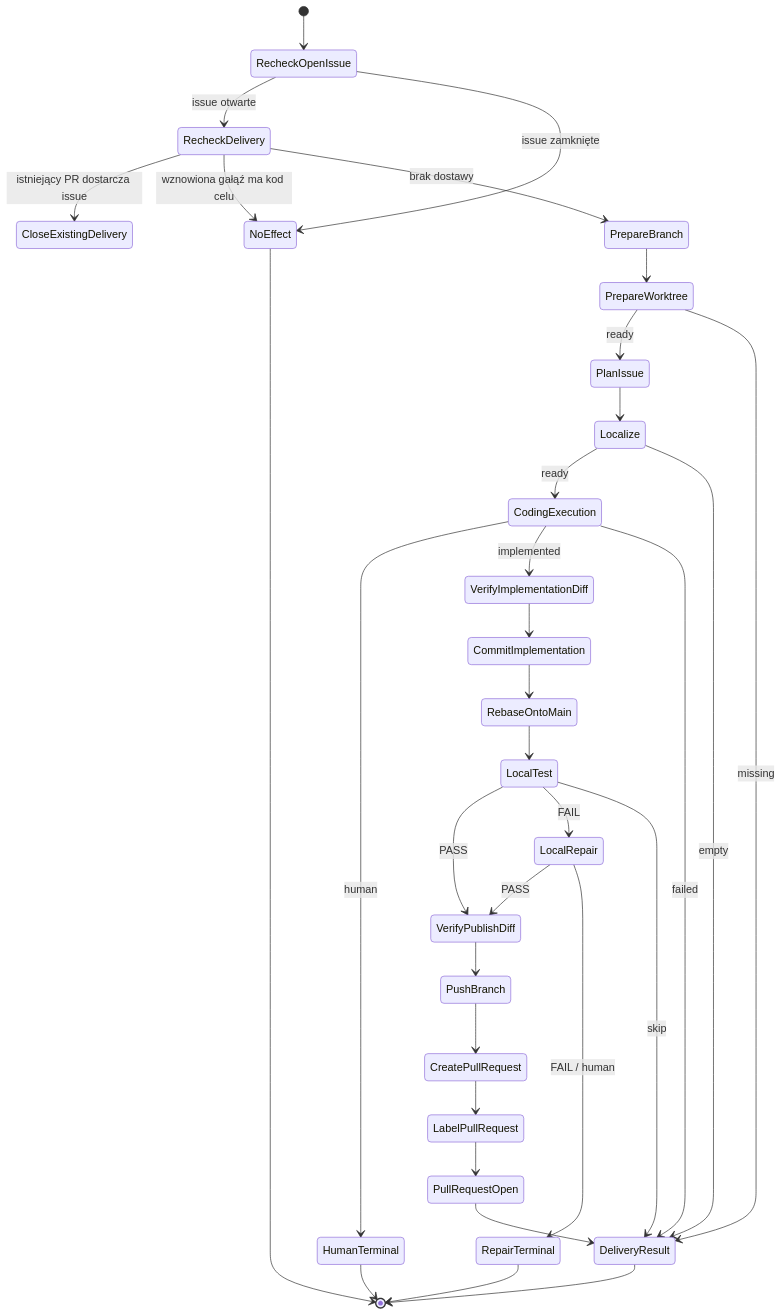
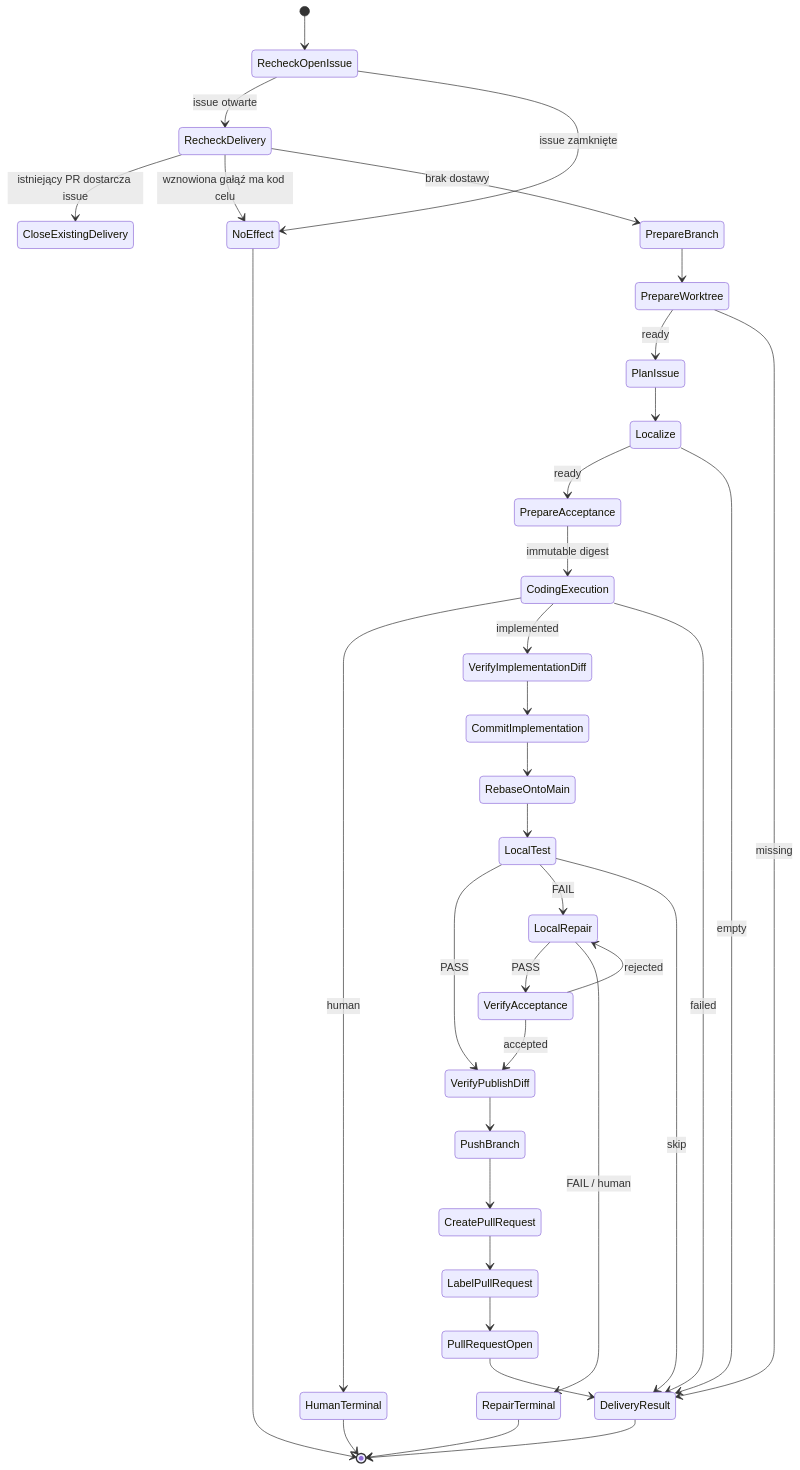
One commit to mikolaj92/lokay changed diagram 45 of 50 in README.md. Above: the diagram before and after it, drawn with Mermaid. The commit also changed 6 other files, not shown here.

````diff
--- a/README.md
+++ b/README.md
@@ -1236,35 +1236,38 @@
 ```mermaid
 stateDiagram-v2
     [*] --> RecheckOpenIssue
     RecheckOpenIssue --> RecheckDelivery: issue otwarte
     RecheckOpenIssue --> NoEffect: issue zamknięte
     RecheckDelivery --> CloseExistingDelivery: istniejący PR dostarcza issue
     RecheckDelivery --> NoEffect: wznowiona gałąź ma kod celu
     RecheckDelivery --> PrepareBranch: brak dostawy
     PrepareBranch --> PrepareWorktree
     PrepareWorktree --> PlanIssue: ready
     PrepareWorktree --> DeliveryResult: missing
     PlanIssue --> Localize
-    Localize --> CodingExecution: ready
+    Localize --> PrepareAcceptance: ready
+    PrepareAcceptance --> CodingExecution: immutable digest
     Localize --> DeliveryResult: empty
     CodingExecution --> HumanTerminal: human
     CodingExecution --> VerifyImplementationDiff: implemented
     CodingExecution --> DeliveryResult: failed
     VerifyImplementationDiff --> CommitImplementation
     CommitImplementation --> RebaseOntoMain
     RebaseOntoMain --> LocalTest
     LocalTest --> VerifyPublishDiff: PASS
     LocalTest --> LocalRepair: FAIL
     LocalTest --> DeliveryResult: skip
-    LocalRepair --> VerifyPublishDiff: PASS
+    LocalRepair --> VerifyAcceptance: PASS
+    VerifyAcceptance --> VerifyPublishDiff: accepted
+    VerifyAcceptance --> LocalRepair: rejected
     LocalRepair --> RepairTerminal: FAIL / human
     VerifyPublishDiff --> PushBranch
     PushBranch --> CreatePullRequest
     CreatePullRequest --> LabelPullRequest
     LabelPullRequest --> PullRequestOpen
     PullRequestOpen --> DeliveryResult
     DeliveryResult --> [*]
     NoEffect --> [*]
     HumanTerminal --> [*]
     RepairTerminal --> [*]
 ```
````
